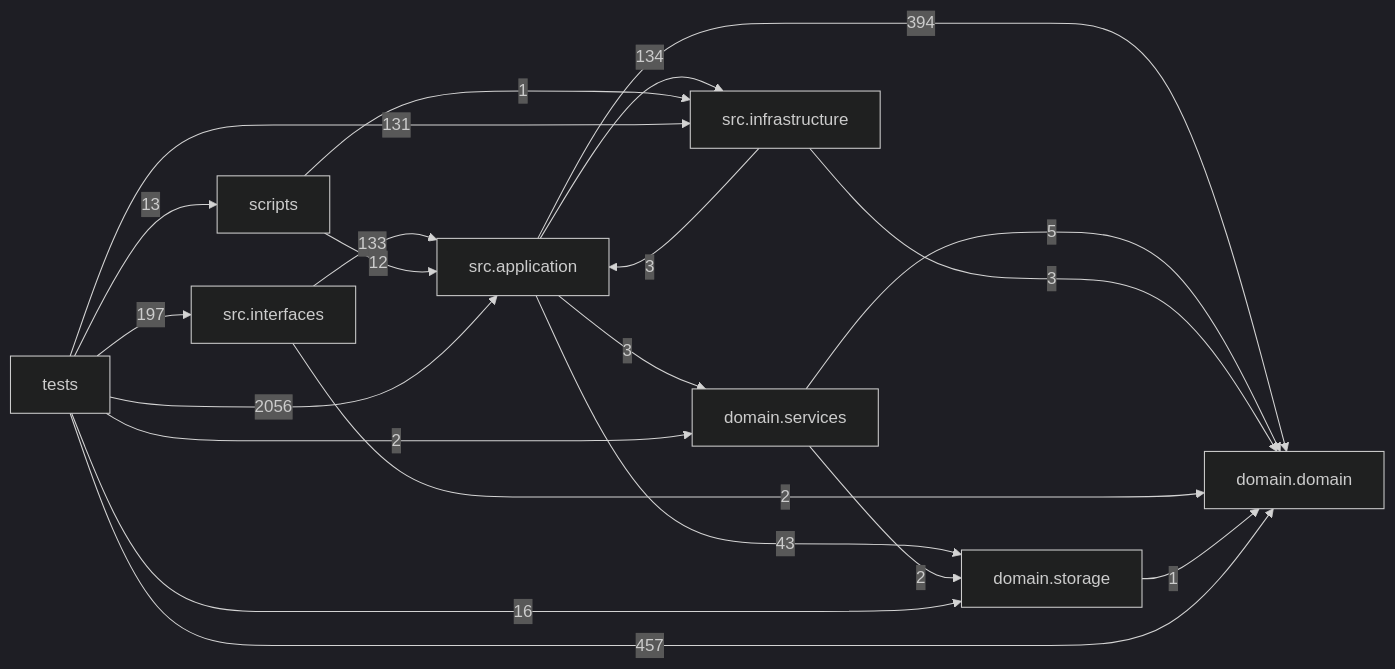
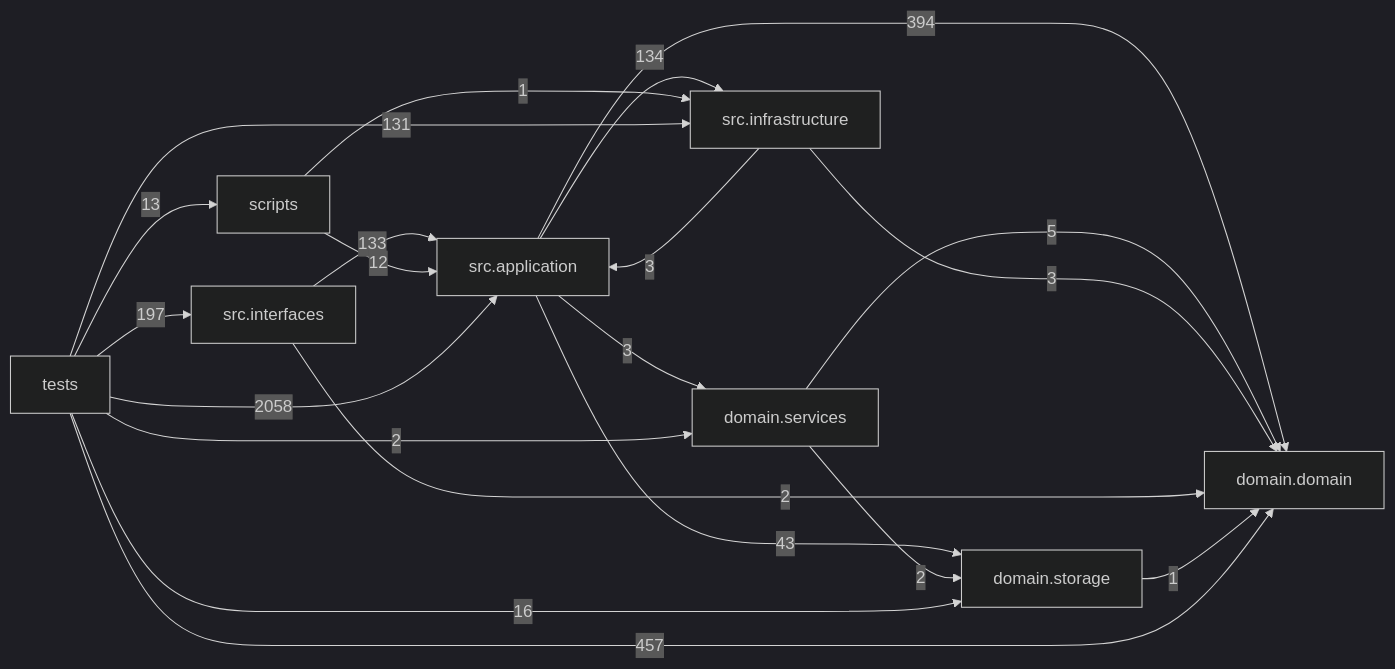
Before and after one commit to liuxie066/options-monitor: the diagram in docs/DEPENDENCY_GRAPH.md, drawn with Mermaid (dark theme). The commit also changed other lines of this file and 4 other files, not shown here.

````diff
--- a/docs/DEPENDENCY_GRAPH.md
+++ b/docs/DEPENDENCY_GRAPH.md
@@ -24,31 +24,31 @@
 ```mermaid
 flowchart LR
   tests["tests"]
   scripts["scripts"]
   interfaces["src.interfaces"]
   application["src.application"]
   infrastructure["src.infrastructure"]
   domain_services["domain.services"]
   domain["domain.domain"]
   storage["domain.storage"]
   application -->|394| domain
   application -->|3| domain_services
   application -->|134| infrastructure
   application -->|43| storage
   domain_services -->|5| domain
   domain_services -->|2| storage
   infrastructure -->|3| application
   infrastructure -->|3| domain
   interfaces -->|133| application
   interfaces -->|2| domain
   scripts -->|12| application
   scripts -->|1| infrastructure
   storage -->|1| domain
-  tests -->|2056| application
+  tests -->|2058| application
   tests -->|457| domain
   tests -->|2| domain_services
   tests -->|131| infrastructure
   tests -->|197| interfaces
   tests -->|13| scripts
   tests -->|16| storage
 ```
````
